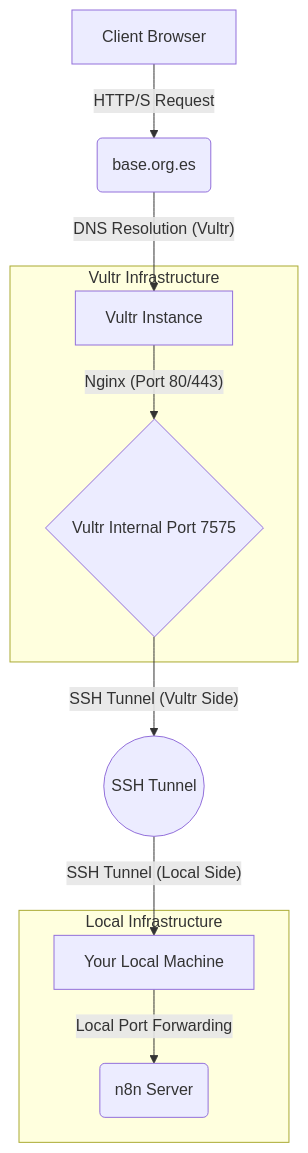
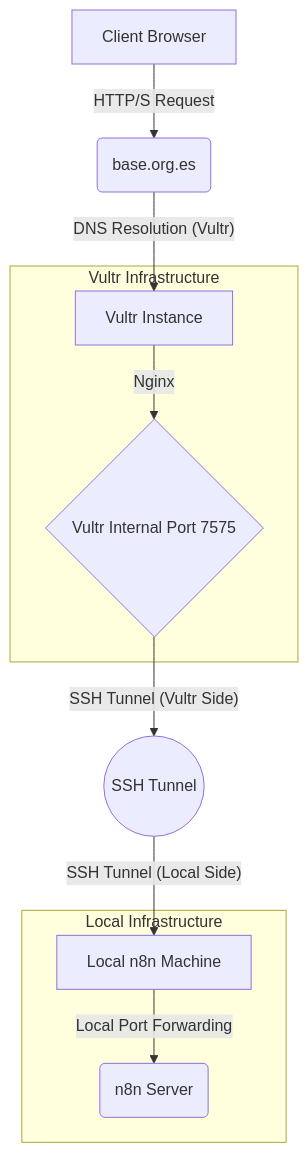
The diagram in readme.md (Aureliusf/nixOS-n8n), drawn with Mermaid before and after one commit.

Commit message:
updated graph

`````diff
--- a/readme.md
+++ b/readme.md
@@ -93,30 +93,30 @@
 ````mermaid
 graph TD
     A[Client Browser] -->|HTTP/S Request| B(base.org.es)
     B -->|"DNS Resolution (Vultr)"| C[Vultr Instance]
-    C -->|"Nginx (Port 80/443)"| D{"Vultr Internal Port 7575"}
+    C -->|"Nginx"| D{"Vultr Internal Port 7575"}
     D -->|"SSH Tunnel (Vultr Side)"| E((SSH Tunnel))
-    E -->|"SSH Tunnel (Local Side)"| F[Your Local Machine]
+    E -->|"SSH Tunnel (Local Side)"| F[Local n8n Machine]
     F -->|"Local Port Forwarding"| G(n8n Server)
 
     subgraph Vultr Infrastructure
         C
         D
     end
 
     subgraph Local Infrastructure
         F
         G
     end
 
     %% Flow Explanations
     click A "User's browser initiates request"
     click B "Domain resolves to Vultr IP via DNS"
     click C "Nginx on Vultr instance receives request"
     click D "Nginx reverse proxies to internal Vultr port 7575"
     click E "SSH tunnel securely forwards traffic from Vultr port 7575 to your local machine"
     click F "Local machine receives forwarded traffic from SSH tunnel"
     click G "n8n server receives traffic on its local port"
 
 
 ````
`````
